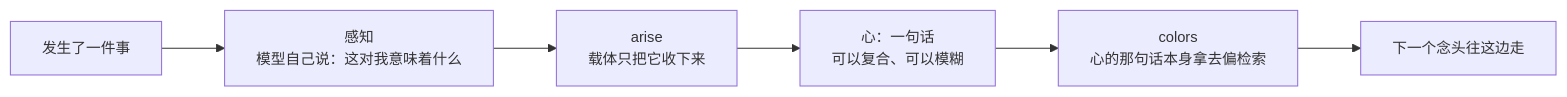
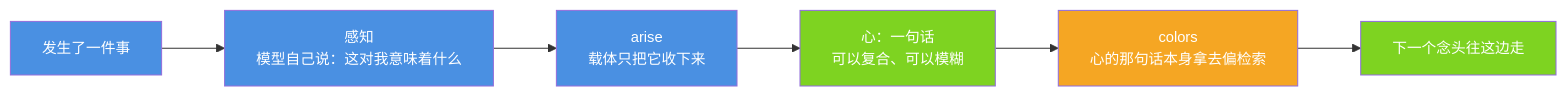
The diagram in docs/heart.md (jiangchuangege/xiaojiao-harnees), drawn with Mermaid before and after one commit. The commit also changed 32 other files, not shown here.

Commit message:
统一：全仓原理图配色到一套调色板 + 给 12 张灰图补色 + 修正自己会睡那张过期图

````diff
--- a/docs/heart.md
+++ b/docs/heart.md
@@ -28,9 +28,16 @@
 ```mermaid
 %%{init: {"themeVariables": {"fontSize": "14px"}, "flowchart": {"htmlLabels": true, "wrappingWidth": 340, "nodeSpacing": 46, "rankSpacing": 60, "useMaxWidth": true}}}%%
 flowchart LR
     E["发生了一件事"] --> P["感知<br/>模型自己说：这对我意味着什么"]
     P --> A["arise<br/>载体只把它收下来"]
     A --> H["心：一句话<br/>可以复合、可以模糊"]
     H --> C["colors<br/>心的那句话本身拿去偏检索"]
     C --> M["下一个念头往这边走"]
+    style E fill:#4A90E2,color:#fff
+    style P fill:#4A90E2,color:#fff
+    style A fill:#4A90E2,color:#fff
+    style H fill:#7ED321,color:#fff
+    style C fill:#F5A623,color:#fff
+    style M fill:#7ED321,color:#fff
+
 ```
````
